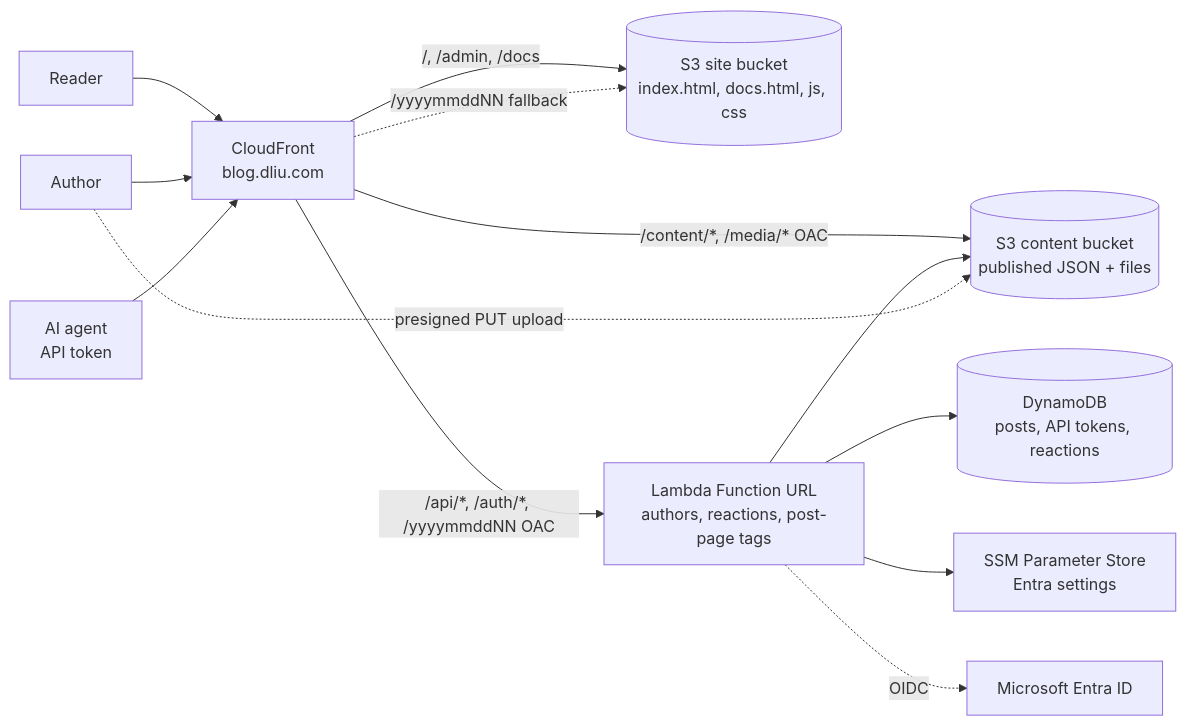
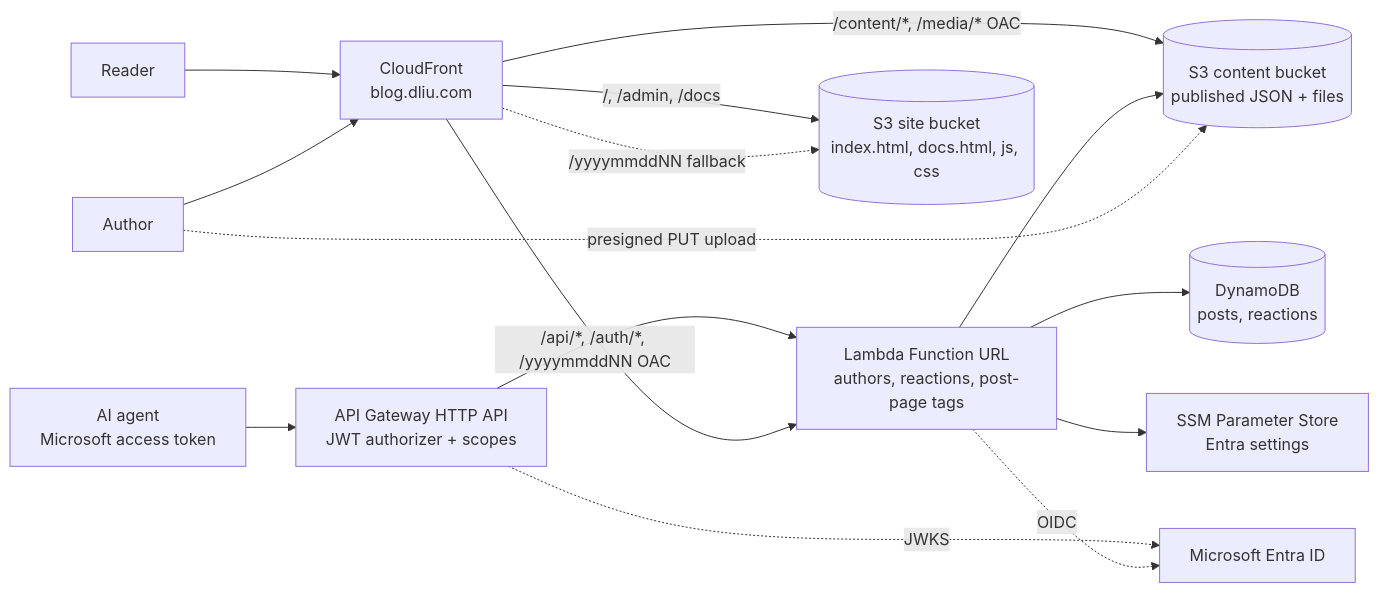
One commit to dliu-com/blog changed the diagram in README.md. Above: the diagram before and after it, drawn with Mermaid. The commit also changed other lines of this file and 28 other files, not shown here.

First line of the commit message:
Microsoft API for agents, who-reacted list, edge caching and automatic media clearing

````diff
--- a/README.md
+++ b/README.md
@@ -14,15 +14,17 @@
 ```mermaid
 flowchart LR
   R[Reader] --> CF[CloudFront<br/>blog.dliu.com]
   A[Author] --> CF
-  G[AI agent<br/>API token] --> CF
+  G[AI agent<br/>Microsoft access token] --> GW[API Gateway HTTP API<br/>JWT authorizer + scopes]
+  GW --> L
   CF -->|"/, /admin, /docs"| Site[(S3 site bucket<br/>index.html, docs.html, js, css)]
   CF -->|"/content/*, /media/*" OAC| Content[(S3 content bucket<br/>published JSON + files)]
   CF -->|"/api/*, /auth/*, /yyyymmddNN" OAC| L[Lambda Function URL<br/>authors, reactions, post-page tags]
   CF -.->|"/yyyymmddNN fallback"| Site
-  L --> DDB[(DynamoDB<br/>posts, API tokens, reactions)]
+  L --> DDB[(DynamoDB<br/>posts, reactions)]
   L --> Content
   L --> SSM[SSM Parameter Store<br/>Entra settings]
+  GW -. JWKS .-> Entra
   A -. "presigned PUT upload" .-> Content
   L -. OIDC .-> Entra[Microsoft Entra ID]
 ```
````
